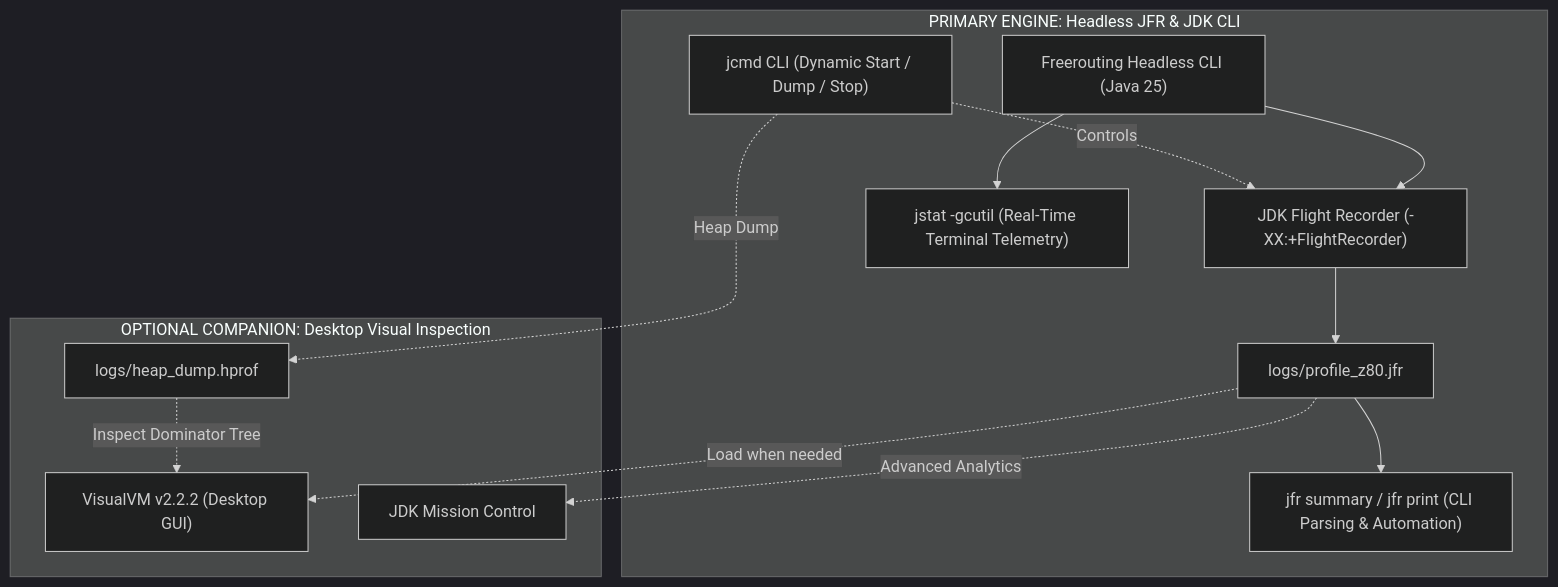
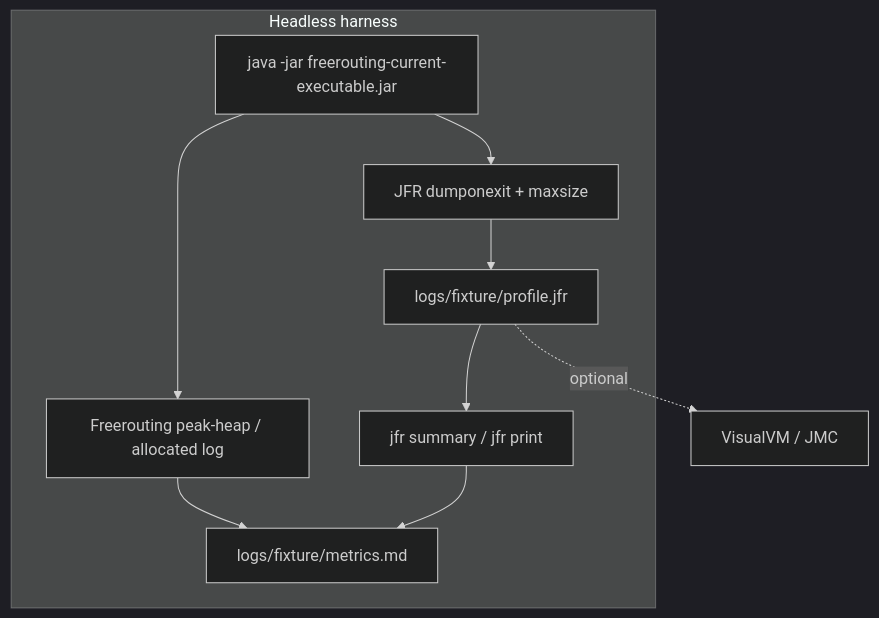
Before and after one commit to freerouting/freerouting: the first of 4 diagrams in docs/research/memory_allocation_optimization_plan.md, drawn with Mermaid (dark theme). The commit also changed other lines of this file, not shown here.

````diff
--- a/docs/research/memory_allocation_optimization_plan.md
+++ b/docs/research/memory_allocation_optimization_plan.md
@@ -52,23 +300,15 @@
 ```mermaid
 flowchart TD
-    subgraph PrimaryHarness ["PRIMARY ENGINE: Headless JFR & JDK CLI"]
-        JVM["Freerouting Headless CLI (Java 25)"]
-        JFR["JDK Flight Recorder (-XX:+FlightRecorder)"]
-        JCMD["jcmd CLI (Dynamic Start / Dump / Stop)"]
-        JSTAT["jstat -gcutil (Real-Time Terminal Telemetry)"]
-        JFRCLI["jfr summary / jfr print (CLI Parsing & Automation)"]
-        
+    subgraph harness [Headless harness]
+        JVM["java -jar freerouting-current-executable.jar"]
+        JFR["JFR dumponexit + maxsize"]
+        LOG["Freerouting peak-heap / allocated log"]
         JVM --> JFR
-        JCMD -. Controls .-> JFR
-        JVM --> JSTAT
-        JFR --> JFRFile["logs/profile_z80.jfr"]
-        JFRFile --> JFRCLI
+        JVM --> LOG
+        JFR --> FILE["logs/fixture/profile.jfr"]
+        FILE --> CLI["jfr summary / jfr print"]
+        LOG --> METRICS["logs/fixture/metrics.md"]
+        CLI --> METRICS
     end
-
-    subgraph SecondaryCompanion ["OPTIONAL COMPANION: Desktop Visual Inspection"]
-        JFRFile -. Load when needed .-> VVM["VisualVM v2.2.2 (Desktop GUI)"]
-        JCMD -. Heap Dump .-> HPROF["logs/heap_dump.hprof"]
-        HPROF -. Inspect Dominator Tree .-> VVM
-        JFRFile -. Advanced Analytics .-> JMC["JDK Mission Control"]
-    end
+    FILE -. optional .-> GUI["VisualVM / JMC"]
 ```
````
